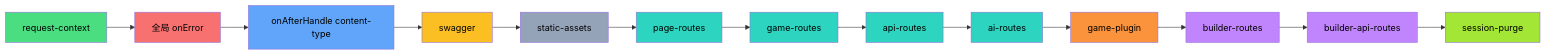
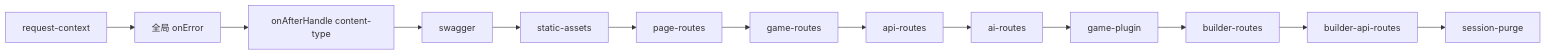
Before and after one commit to d4551/tea: the tenth of 13 diagrams in README.md, drawn with Mermaid. The commit also changed other lines of this file and 21 other files, not shown here.

First line of the commit message:
docs: fix README Mermaid charts for GitHub, remove legacy pitch refs

````diff
--- a/README.md
+++ b/README.md
@@ -653,29 +648,15 @@
 ```mermaid
 flowchart LR
   A["request-context"] --> B["全局 onError"]
   B --> C["onAfterHandle content-type"]
   C --> D["swagger"]
   D --> E["static-assets"]
   E --> F["page-routes"]
   F --> G["game-routes"]
   G --> H["api-routes"]
   H --> I["ai-routes"]
   I --> J["game-plugin"]
   J --> K["builder-routes"]
   K --> L["builder-api-routes"]
   L --> M["session-purge"]
-
-  style A fill:#4ade80,color:#000
-  style B fill:#f87171,color:#000
-  style C fill:#60a5fa,color:#000
-  style D fill:#fbbf24,color:#000
-  style E fill:#94a3b8,color:#000
-  style F fill:#2dd4bf,color:#000
-  style G fill:#2dd4bf,color:#000
-  style H fill:#2dd4bf,color:#000
-  style I fill:#2dd4bf,color:#000
-  style J fill:#fb923c,color:#000
-  style K fill:#c084fc,color:#000
-  style L fill:#c084fc,color:#000
-  style M fill:#a3e635,color:#000
 ```
````
